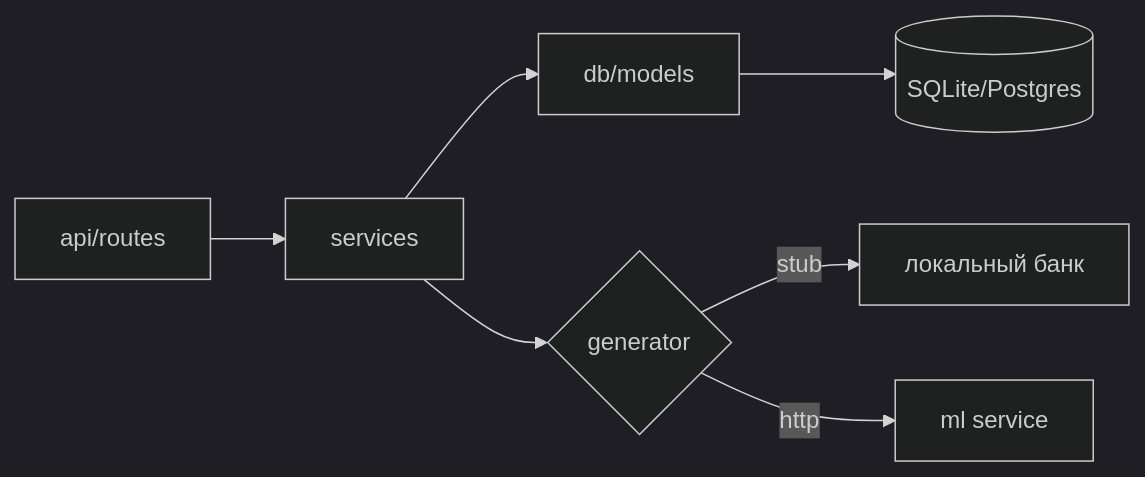
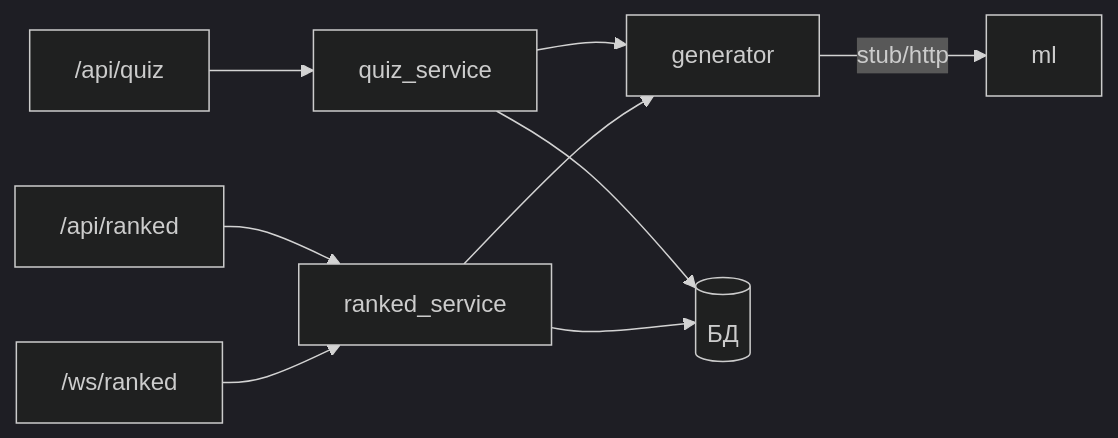
Before and after one commit to infinite-quiz/backend: the fourth of 4 diagrams in docs/system-overview.md, drawn with Mermaid (dark theme). The commit also changed other lines of this file and 3 other files, not shown here.

Commit message:
Update docs for solo REST and ranked WebSocket

````diff
--- a/docs/system-overview.md
+++ b/docs/system-overview.md
@@ -37,9 +44,11 @@
 ```mermaid
 flowchart LR
-  API["api/routes"] --> SVC["services"]
-  SVC --> ORM["db/models"]
-  ORM --> DB[(SQLite/Postgres)]
-  SVC --> GEN{"generator"}
-  GEN -->|stub| Local[локальный банк]
-  GEN -->|http| ML[ml service]
+  Quiz["/api/quiz"] --> QuizSvc["quiz_service"]
+  RankedREST["/api/ranked"] --> RankedSvc["ranked_service"]
+  RankedWS["/ws/ranked"] --> RankedSvc
+  QuizSvc --> Gen["generator"]
+  RankedSvc --> Gen
+  Gen -->|stub/http| ML["ml"]
+  QuizSvc --> DB[(БД)]
+  RankedSvc --> DB
 ```
````
